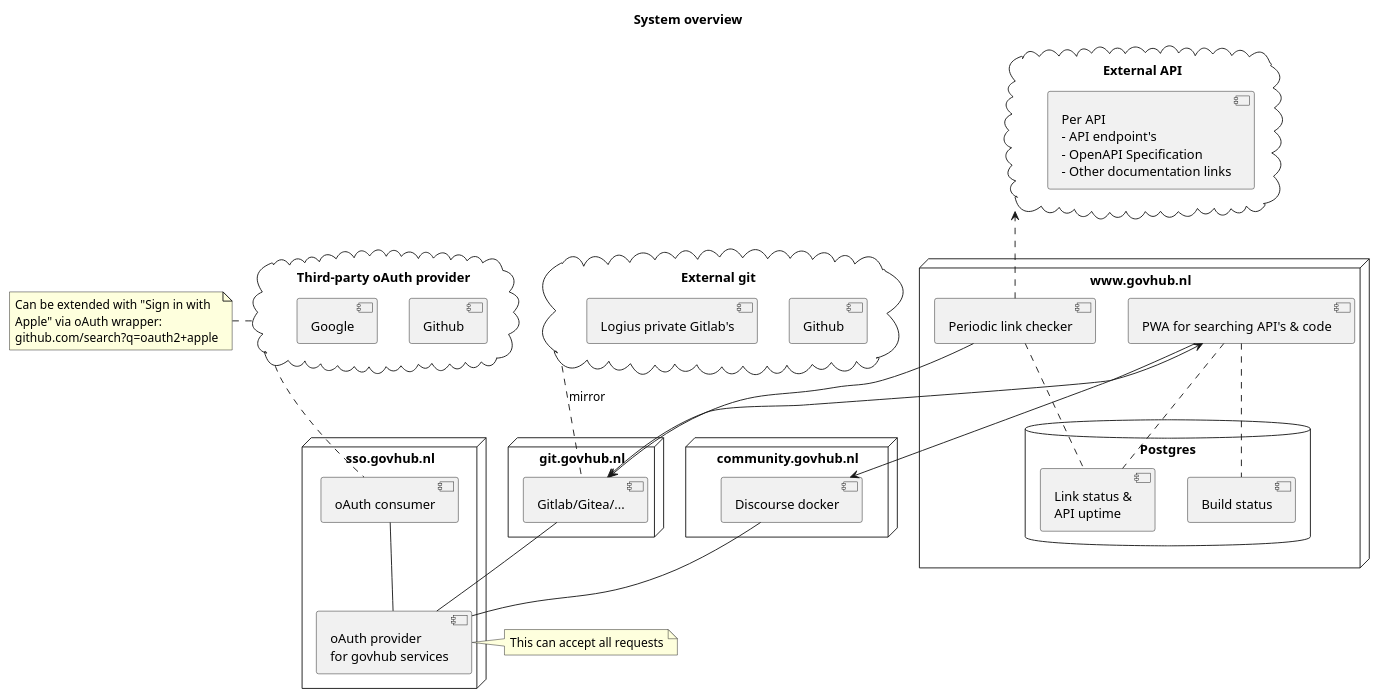
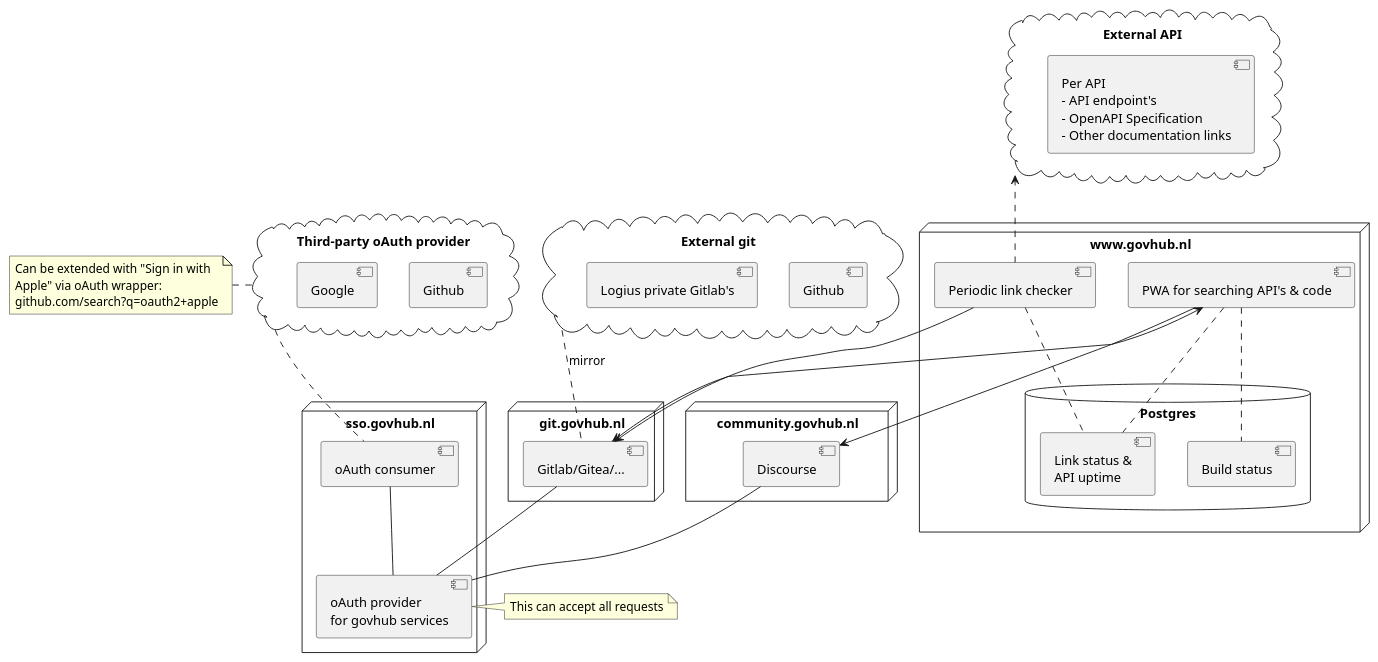
One commit to openstate/govhub changed the diagram in docs/system_overview.puml. Above: the diagram before and after it, drawn with PlantUML.

Commit message:
Removed title & docker from discourse title

```diff
--- a/docs/system_overview.puml
+++ b/docs/system_overview.puml
@@ -1,61 +1,60 @@
 @startuml
-title System overview
 
 cloud "Third-party oAuth provider" as oauth_external {
     [Github] as oauth_github
     [Google] as google_github
 }
 note left of oauth_external
     Can be extended with "Sign in with
     Apple" via oAuth wrapper:
     github.com/search?q=oauth2+apple
 end note
 
 cloud "External API" as external_api {
     [Per API\n- API endpoint's\n- OpenAPI Specification\n- Other documentation links]
 }
 
 node "sso.govhub.nl" {
     component [oAuth consumer] as oauth_consumer
     component [oAuth provider\nfor govhub services] as oauth_provider
 }
 note left of oauth_provider
     This can accept all requests
 end note
  
 node "www.govhub.nl" {
     [PWA for searching API's & code] as docker_search
     [Periodic link checker] as link_checker
     database "Postgres" {
         [Link status &\nAPI uptime] as link_status
         [Build status] as build_status
     }
 } 
 
 node "community.govhub.nl" {
-    [Discourse docker] as docker_discourse
+    [Discourse] as docker_discourse
 }
 
 node "git.govhub.nl" as git {
     [Gitlab/Gitea/...] as docker_git
 }
 
 cloud "External git" as git_external {
     [Github] as git_github
     [Logius private Gitlab's] as git_gitlab
 }
 
 link_checker .up.> external_api
 link_checker --> docker_git
 link_checker .. link_status
 docker_search .. link_status
 docker_search .. build_status
 git_external .. docker_git: mirror
 docker_git -- oauth_provider
 docker_discourse -- oauth_provider
 oauth_consumer -- oauth_provider
 oauth_consumer .up. oauth_external
 docker_search <--> docker_git
 docker_search --> docker_discourse
 
 @enduml
```
